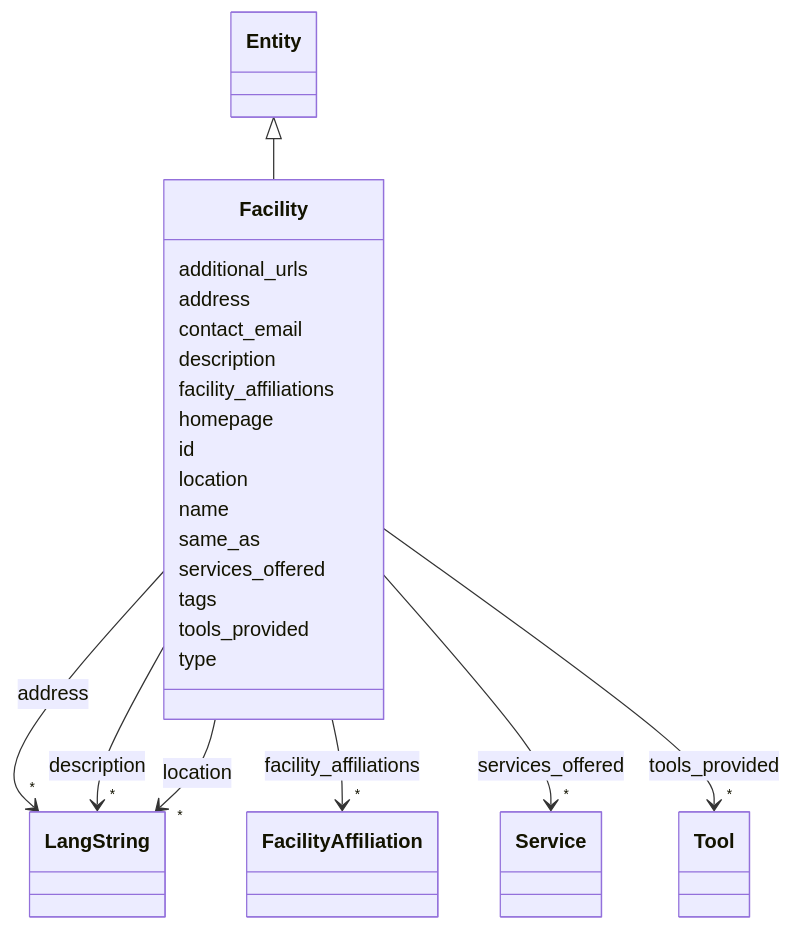
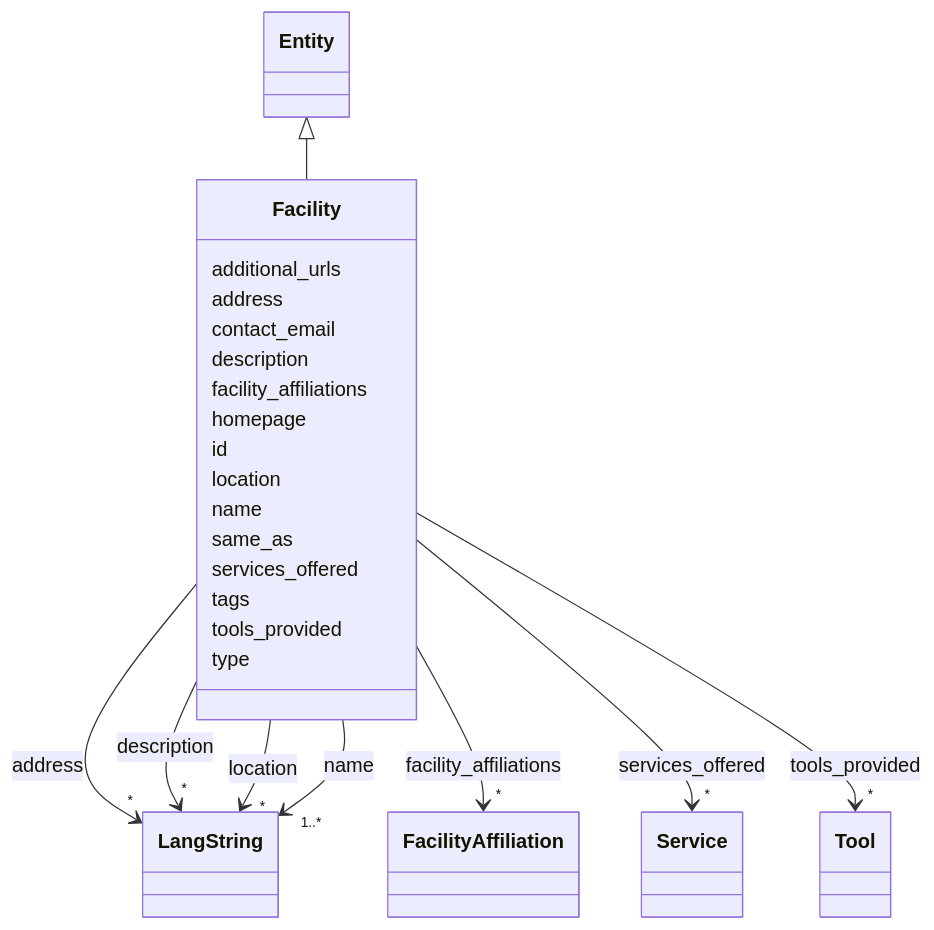
One commit to DARIAH-IL/idhi-manifests changed the diagram in docs/classes/Facility.md. Above: the diagram before and after it, drawn with Mermaid. The commit also changed other lines of this file and 20 other files, not shown here.

```diff
--- a/docs/classes/Facility.md
+++ b/docs/classes/Facility.md
@@ -90,6 +90,17 @@
         
       Facility : name
         
+          
+    
+        
+        
+        Facility --> "1..*" LangString : name
+        
+        click LangString href "../../classes/LangString/"
+        
+    
+
+        
       Facility : same_as
         
       Facility : services_offered
```
